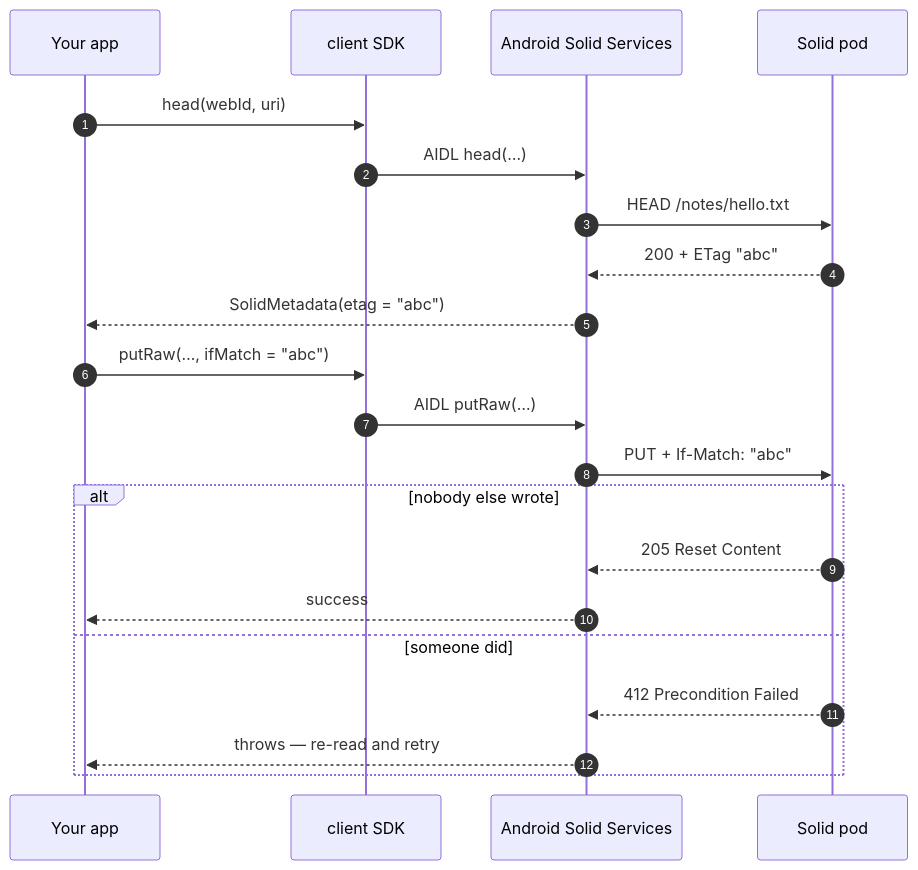
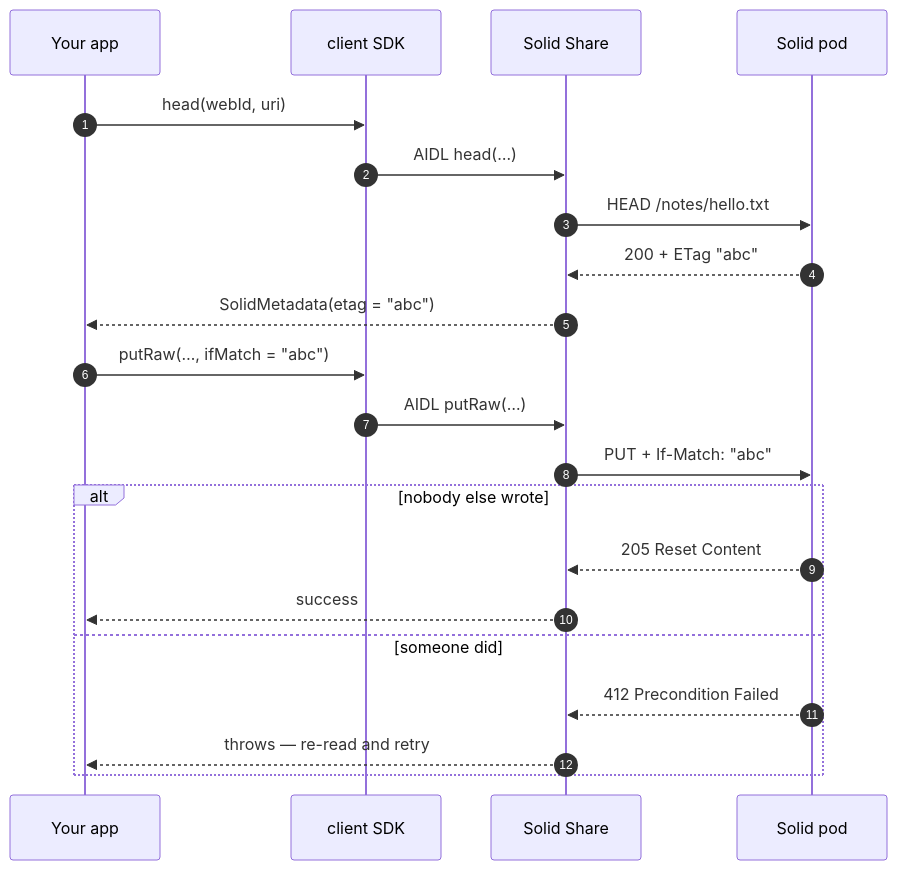
Before and after one commit to erfangholami/Android-Solid-Services: the diagram in docs/build/resources.md, drawn with Mermaid. The commit also changed other lines of this file and 29 other files, not shown here.

Commit message:
Rewrite the documentation for Solid Share as the host, and document app access and hosting

````diff
--- a/docs/build/resources.md
+++ b/docs/build/resources.md
@@ -253,25 +253,25 @@
 ```mermaid
 sequenceDiagram
     autonumber
     participant App as Your app
     participant SDK as client SDK
-    participant ASS as Android Solid Services
+    participant ASS as Solid Share
     participant Pod as Solid pod
 
     App->>SDK: head(webId, uri)
     SDK->>ASS: AIDL head(…)
     ASS->>Pod: HEAD /notes/hello.txt
     Pod-->>ASS: 200 + ETag "abc"
     ASS-->>App: SolidMetadata(etag = "abc")
 
     App->>SDK: putRaw(…, ifMatch = "abc")
     SDK->>ASS: AIDL putRaw(…)
     ASS->>Pod: PUT + If-Match: "abc"
     alt nobody else wrote
         Pod-->>ASS: 205 Reset Content
         ASS-->>App: success
     else someone did
         Pod-->>ASS: 412 Precondition Failed
         ASS-->>App: throws — re-read and retry
     end
 ```
````
